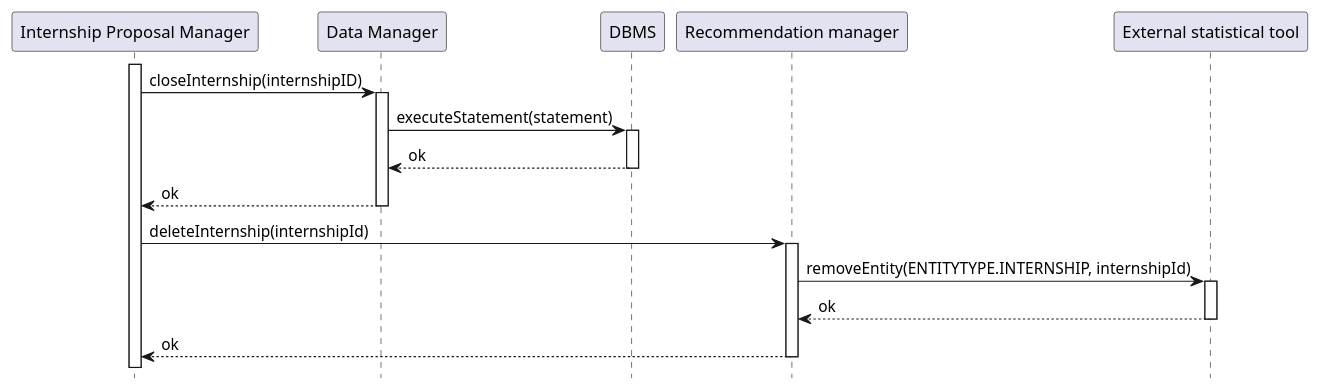
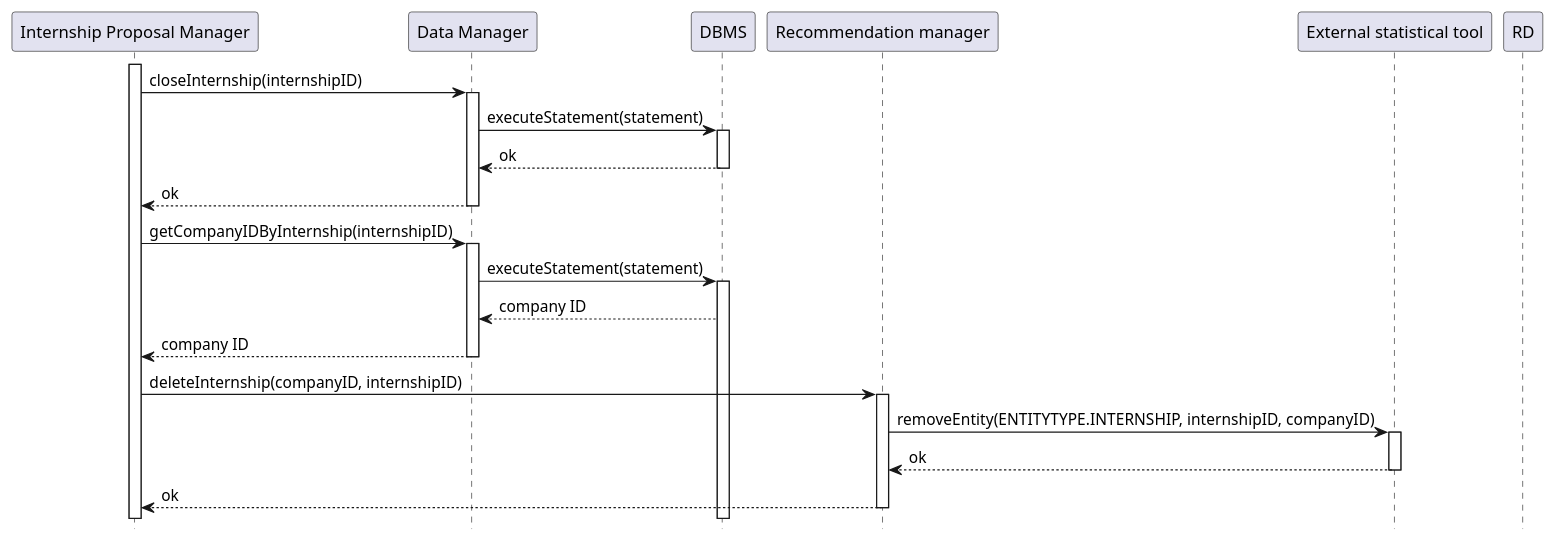
One commit to matti8702/R_and_DD_project_SE2 changed the diagram in DD/Architectural_design/uml_diagrams/RV29_diagram.puml. Above: the diagram before and after it, drawn with PlantUML. The commit also changed 6 other files, not shown here.

Commit message:
fix: fix RV6, RV22 and RV29 diagrams functions

```diff
--- a/DD/Architectural_design/uml_diagrams/RV29_diagram.puml
+++ b/DD/Architectural_design/uml_diagrams/RV29_diagram.puml
@@ -1,27 +1,37 @@
 @startuml RV29_diagram
 hide footbox
 
 participant "Internship Proposal Manager" as IM
 participant "Data Manager" as DM
 participant "DBMS" as DB
 participant "Recommendation manager" as RM
 participant "External statistical tool" as ESAT
 
 activate IM
 IM -> DM   : closeInternship(internshipID)
 activate DM
 DM -> DB   : executeStatement(statement)
 activate DB
 DB --> DM  : ok
 deactivate DB
 DM --> IM  : ok
 deactivate DM
-IM -> RM   : deleteInternship(internshipId)
+
+IM -> DM: getCompanyIDByInternship(internshipID)
+activate DM
+DM -> DB: executeStatement(statement)
+activate DB
+DB --> DM: company ID
+deactivate RD
+DM --> IM: company ID
+deactivate DM
+
+IM -> RM   : deleteInternship(companyID, internshipID)
 activate RM
-RM -> ESAT   : removeEntity(ENTITYTYPE.INTERNSHIP, internshipId)
+RM -> ESAT   : removeEntity(ENTITYTYPE.INTERNSHIP, internshipID, companyID)
 activate ESAT
 ESAT --> RM : ok
 deactivate ESAT
 RM --> IM  : ok
 deactivate RM
 @enduml
```
